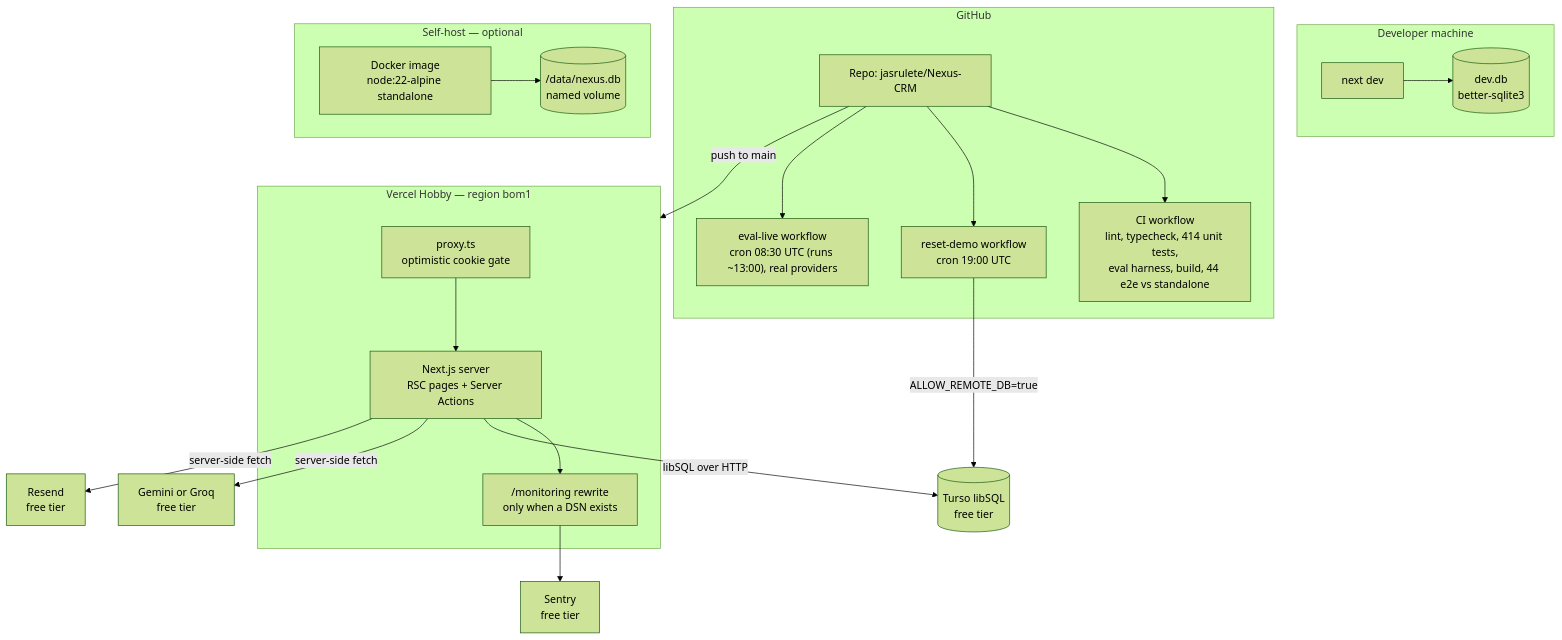
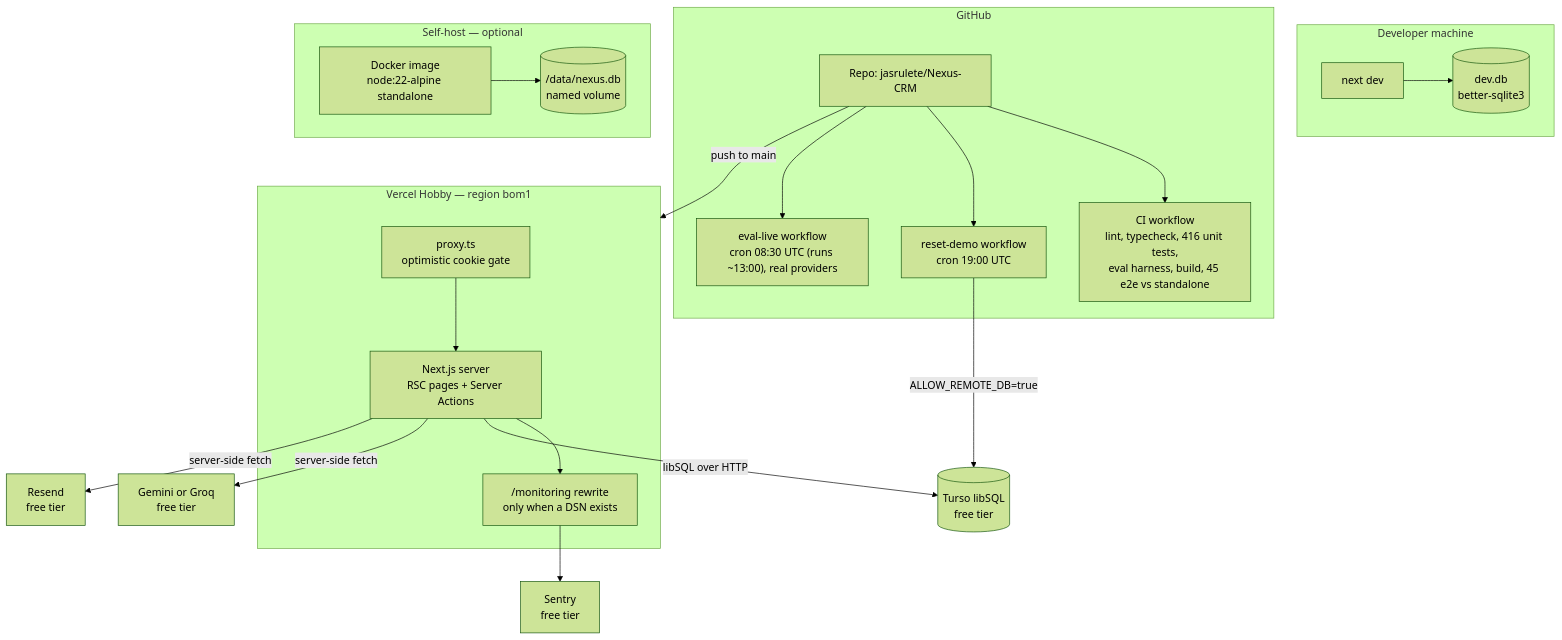
The first of 2 diagrams in docs/TECHNICAL-DESIGN.md (jasrulete/Nexus-CRM), drawn with Mermaid (forest theme) before and after one commit. The commit also changed other lines of this file and 3 other files, not shown here.

First line of the commit message:
docs: 416 unit tests across 31 files; the e2e suite is 45

````diff
--- a/docs/TECHNICAL-DESIGN.md
+++ b/docs/TECHNICAL-DESIGN.md
@@ -82,44 +82,44 @@
 ```mermaid
 flowchart TB
     subgraph dev["Developer machine"]
         NEXTDEV["next dev"]
         FILE[("dev.db<br/>better-sqlite3")]
         NEXTDEV --> FILE
     end
 
     subgraph gh["GitHub"]
         REPO["Repo: jasrulete/Nexus-CRM"]
-        CI["CI workflow<br/>lint, typecheck, 414 unit tests,<br/>eval harness, build, 44 e2e vs standalone"]
+        CI["CI workflow<br/>lint, typecheck, 416 unit tests,<br/>eval harness, build, 45 e2e vs standalone"]
         RESET["reset-demo workflow<br/>cron 19:00 UTC"]
         EVAL["eval-live workflow<br/>cron 08:30 UTC (runs ~13:00), real providers"]
         REPO --> CI
         REPO --> RESET
         REPO --> EVAL
     end
 
     subgraph vercel["Vercel Hobby — region bom1"]
         PROXY["proxy.ts<br/>optimistic cookie gate"]
         APP["Next.js server<br/>RSC pages + Server Actions"]
         TUNNEL["/monitoring rewrite<br/>only when a DSN exists"]
         PROXY --> APP
         APP --> TUNNEL
     end
 
     subgraph selfhost["Self-host — optional"]
         DOCKER["Docker image<br/>node:22-alpine standalone"]
         VOL[("/data/nexus.db<br/>named volume")]
         DOCKER --> VOL
     end
 
     TURSO[("Turso libSQL<br/>free tier")]
     AI["Gemini or Groq<br/>free tier"]
     RESEND["Resend<br/>free tier"]
     SENTRY["Sentry<br/>free tier"]
 
     REPO -- "push to main" --> vercel
     APP -- "libSQL over HTTP" --> TURSO
     RESET -- "ALLOW_REMOTE_DB=true" --> TURSO
     APP -- "server-side fetch" --> AI
     APP -- "server-side fetch" --> RESEND
     TUNNEL --> SENTRY
 ```
````
